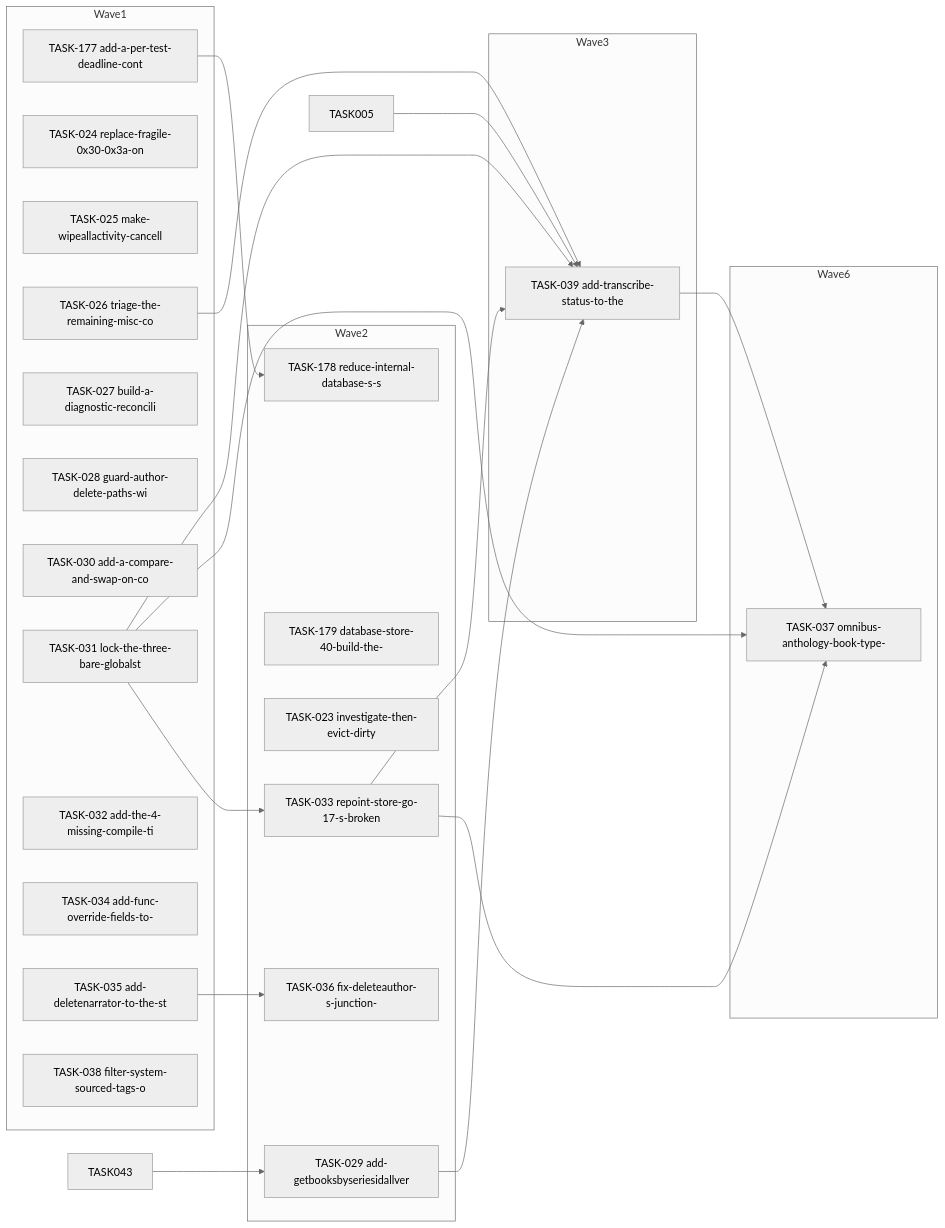
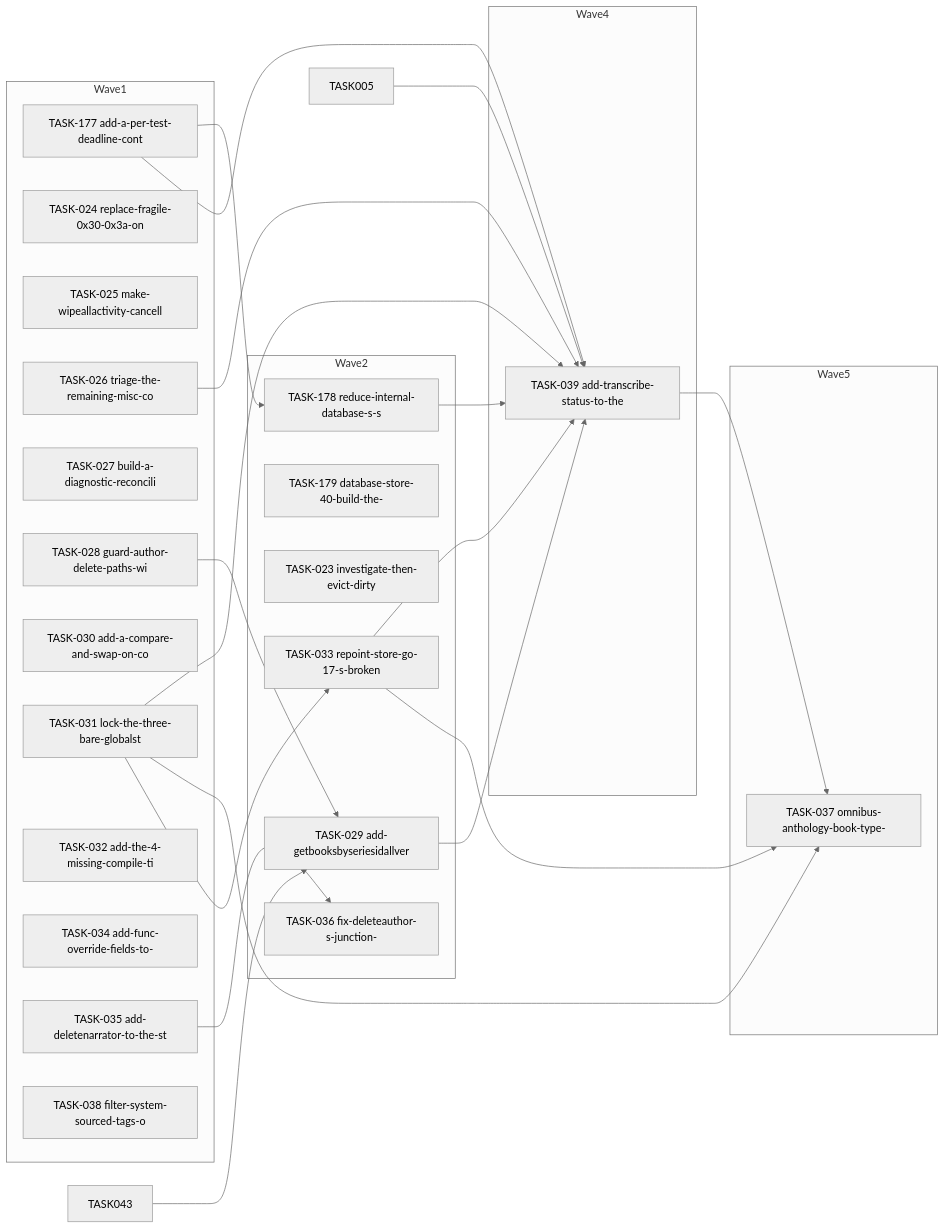
Before and after one commit to falkcorp/audiobook-organizer: the diagram in docs/agent-tasks/todo-completion/database/orchestration.md, drawn with Mermaid (neutral theme). The commit also changed other lines of this file and 325 other files, not shown here.

````diff
--- a/docs/agent-tasks/todo-completion/database/orchestration.md
+++ b/docs/agent-tasks/todo-completion/database/orchestration.md
@@ -12,43 +12,46 @@
 ```mermaid
 flowchart LR
     subgraph Wave1
       TASK177[TASK-177 add-a-per-test-deadline-cont]
       TASK024[TASK-024 replace-fragile-0x30-0x3a-on]
       TASK025[TASK-025 make-wipeallactivity-cancell]
       TASK026[TASK-026 triage-the-remaining-misc-co]
       TASK027[TASK-027 build-a-diagnostic-reconcili]
       TASK028[TASK-028 guard-author-delete-paths-wi]
       TASK030[TASK-030 add-a-compare-and-swap-on-co]
       TASK031[TASK-031 lock-the-three-bare-globalst]
       TASK032[TASK-032 add-the-4-missing-compile-ti]
       TASK034[TASK-034 add-func-override-fields-to-]
       TASK035[TASK-035 add-deletenarrator-to-the-st]
       TASK038[TASK-038 filter-system-sourced-tags-o]
     end
     subgraph Wave2
       TASK178[TASK-178 reduce-internal-database-s-s]
       TASK179[TASK-179 database-store-40-build-the-]
       TASK023[TASK-023 investigate-then-evict-dirty]
       TASK029[TASK-029 add-getbooksbyseriesidallver]
       TASK033[TASK-033 repoint-store-go-17-s-broken]
       TASK036[TASK-036 fix-deleteauthor-s-junction-]
     end
-    subgraph Wave3
+    subgraph Wave4
       TASK039[TASK-039 add-transcribe-status-to-the]
     end
-    subgraph Wave6
+    subgraph Wave5
       TASK037[TASK-037 omnibus-anthology-book-type-]
     end
     TASK005 --> TASK039
     TASK026 --> TASK039
+    TASK028 --> TASK029
     TASK029 --> TASK039
     TASK031 --> TASK033
     TASK031 --> TASK037
     TASK031 --> TASK039
     TASK033 --> TASK037
     TASK033 --> TASK039
     TASK035 --> TASK036
     TASK039 --> TASK037
     TASK043 --> TASK029
+    TASK177 --> TASK039
     TASK177 --> TASK178
+    TASK178 --> TASK039
 ```
````
